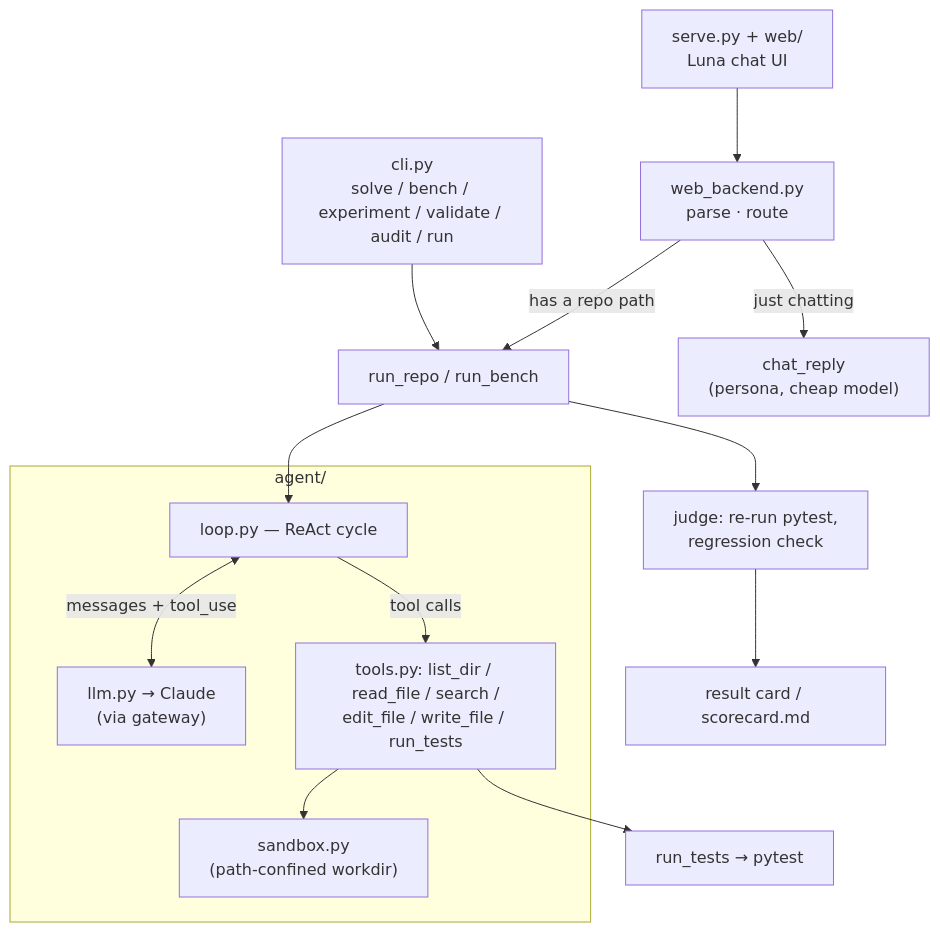
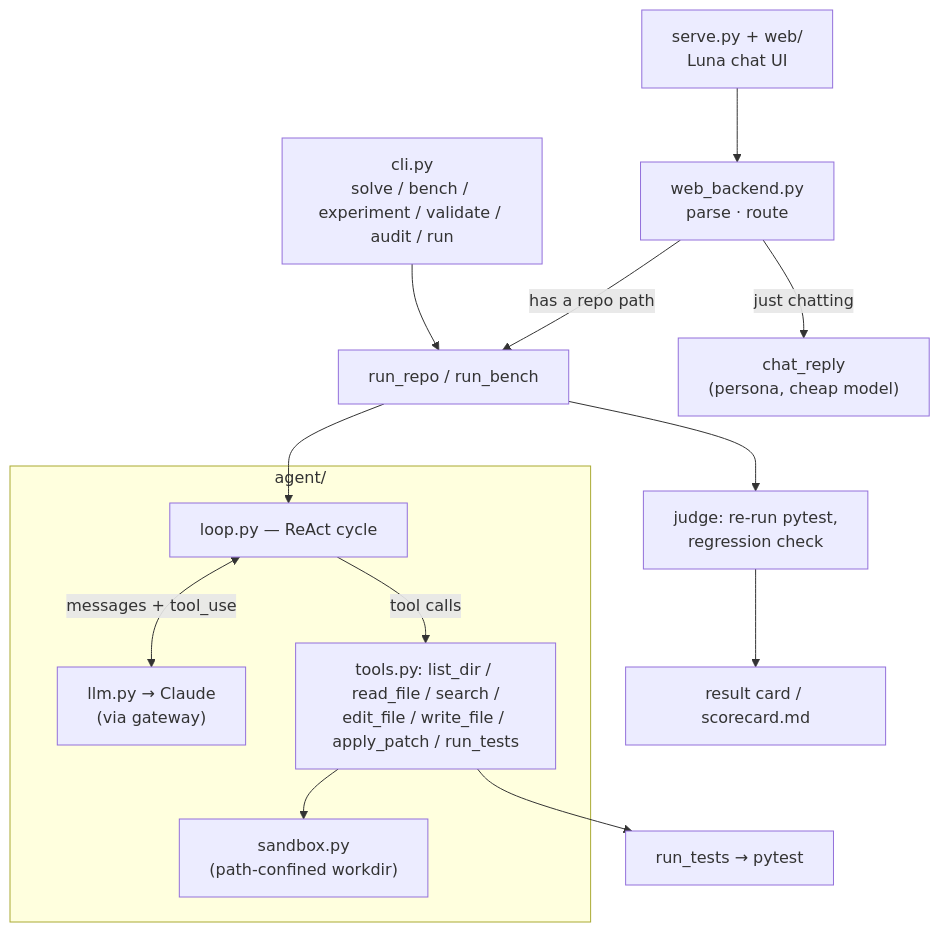
The first of 2 diagrams in README.md (Tsukishiro-Hitomi/Luna), drawn with Mermaid before and after one commit. The commit also changed other lines of this file and 3 other files, not shown here.

Commit message:
feat: add unified diff patch tool

````diff
--- a/README.md
+++ b/README.md
@@ -52,17 +52,17 @@
 ```mermaid
 flowchart TD
     cli["cli.py<br/>solve / bench / experiment / validate / audit / run"]
     web["serve.py + web/<br/>Luna chat UI"] --> backend["web_backend.py<br/>parse · route"]
     backend -->|has a repo path| repo
     backend -->|just chatting| chat["chat_reply<br/>(persona, cheap model)"]
     cli --> repo["run_repo / run_bench"]
     repo --> loop
     subgraph agent["agent/"]
       loop["loop.py — ReAct cycle"] <-->|messages + tool_use| llm["llm.py → Claude<br/>(via gateway)"]
-      loop -->|tool calls| tools["tools.py: list_dir / read_file / search /<br/>edit_file / write_file / run_tests"]
+      loop -->|tool calls| tools["tools.py: list_dir / read_file / search /<br/>edit_file / write_file / apply_patch / run_tests"]
       tools --> sandbox["sandbox.py<br/>(path-confined workdir)"]
     end
     tools --> pytest["run_tests → pytest"]
     repo --> judge["judge: re-run pytest,<br/>regression check"]
     judge --> out["result card / scorecard.md"]
 ```
````
